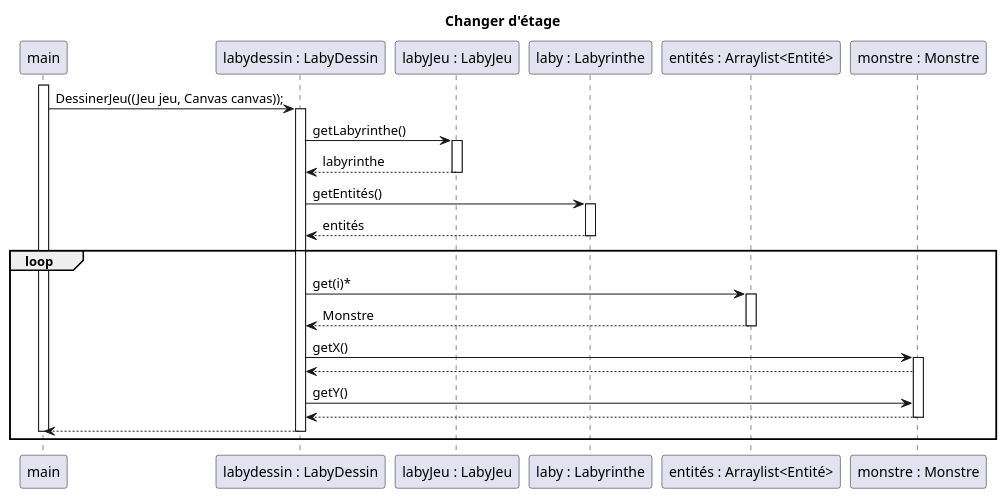
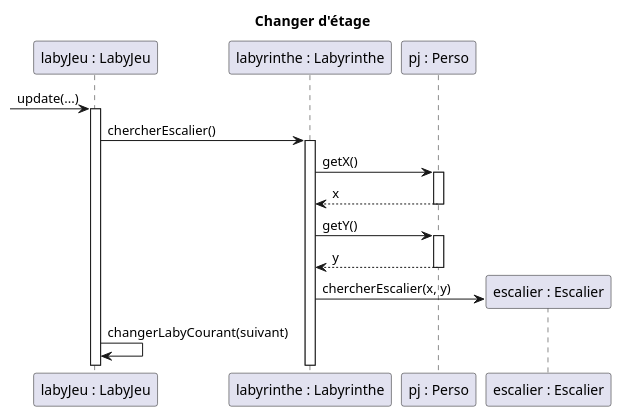
Before and after one commit to celie-ponroy/2023_S2.01_Zeldiablo_ponroy_roth_prykhodko_bortolotti: the diagram in zeldiablo/documents/version_3/diagseq_changerEtage.puml, drawn with PlantUML. The commit also changed 4 other files, not shown here.

Commit message:
modif du diagramme de classe

```diff
--- a/zeldiablo/documents/version_3/diagseq_changerEtage.puml
+++ b/zeldiablo/documents/version_3/diagseq_changerEtage.puml
@@ -1,39 +1,37 @@
 @startuml
 title Changer d'étage
 
 
-participant "main" as m
-participant "labydessin : LabyDessin" as labyd
 participant "labyJeu : LabyJeu" as labyj
-participant "laby : Labyrinthe" as labyrinthe
-participant "entités : Arraylist<Entité>" as entités
-participant "monstre : Monstre" as mstr
-activate m
-m-> labyd:DessinerJeu((Jeu jeu, Canvas canvas));
-activate labyd
-labyd -> labyj : getLabyrinthe()
+participant "labyrinthe : Labyrinthe" as labyrinthe
+participant "pj : Perso" as pj
+participant "escalier : Escalier" as escalier
+
+
+-> labyj : update(...)
 activate labyj
-labyd <-- labyj : labyrinthe
-deactivate labyj
-labyd -> labyrinthe: getEntités()
+
+labyj -> labyrinthe : chercherEscalier()
 activate labyrinthe
-labyd<-- labyrinthe: entités
-deactivate labyrinthe
-loop
-labyd -> entités : get(i)*
-activate entités
-labyd <-- entités : Monstre
-deactivate entités
-labyd -> mstr : getX()
-activate mstr
-labyd <-- mstr
-labyd -> mstr : getY()
-labyd <-- mstr
-deactivate mstr
-m<-- labyd
-deactivate labyd
-deactivate m
-end loop
+
+labyrinthe -> pj : getX()
+activate pj
+labyrinthe <-- pj : x
+deactivate pj
+
+labyrinthe -> pj : getY()
+activate pj
+labyrinthe <-- pj : y
+deactivate pj
+
+
+create escalier
+labyrinthe -> escalier : chercherEscalier(x, y)
+
+labyj -> labyj : changerLabyCourant(suivant)
+
+
+
 
 
 @enduml
```
